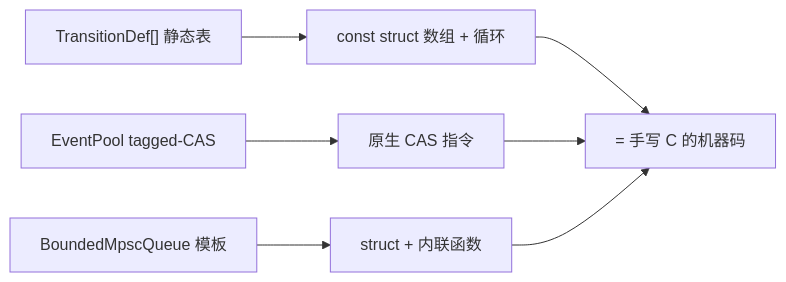
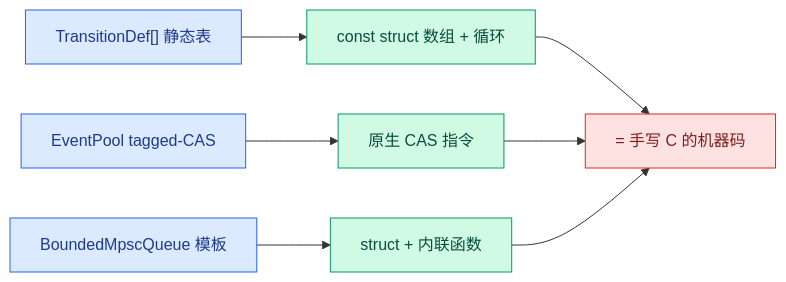
One commit to DeguiLiu/coact changed the first of 3 diagrams in docs/blogs/06-zero-cost-abstract-machine-code.md. Above: the diagram before and after it, drawn with Mermaid. The commit also changed other lines of this file and 5 other files, not shown here.

````diff
--- a/docs/blogs/06-zero-cost-abstract-machine-code.md
+++ b/docs/blogs/06-zero-cost-abstract-machine-code.md
@@ -41,9 +43,12 @@
 ```mermaid
 flowchart LR
-    T1["TransitionDef[] 静态表"] --> M1["const struct 数组 + 循环"]
-    T2["EventPool tagged-CAS"] --> M2["原生 CAS 指令"]
-    T3["BoundedMpscQueue 模板"] --> M3["struct + 内联函数"]
-    M1 --> MC["= 手写 C 的机器码"]
+    T1["TransitionDef[] 静态表"]:::t --> M1["const struct 数组 + 循环"]:::m
+    T2["EventPool tagged-CAS"]:::t --> M2["原生 CAS 指令"]:::m
+    T3["BoundedMpscQueue 模板"]:::t --> M3["struct + 内联函数"]:::m
+    M1 --> MC["= 手写 C 的机器码"]:::mc
     M2 --> MC
     M3 --> MC
+    classDef t fill:#dbeafe,stroke:#2563eb,color:#1e3a8a
+    classDef m fill:#d1fae5,stroke:#059669,color:#064e3b
+    classDef mc fill:#fee2e2,stroke:#dc2626,color:#7f1d1d
 ```
````
